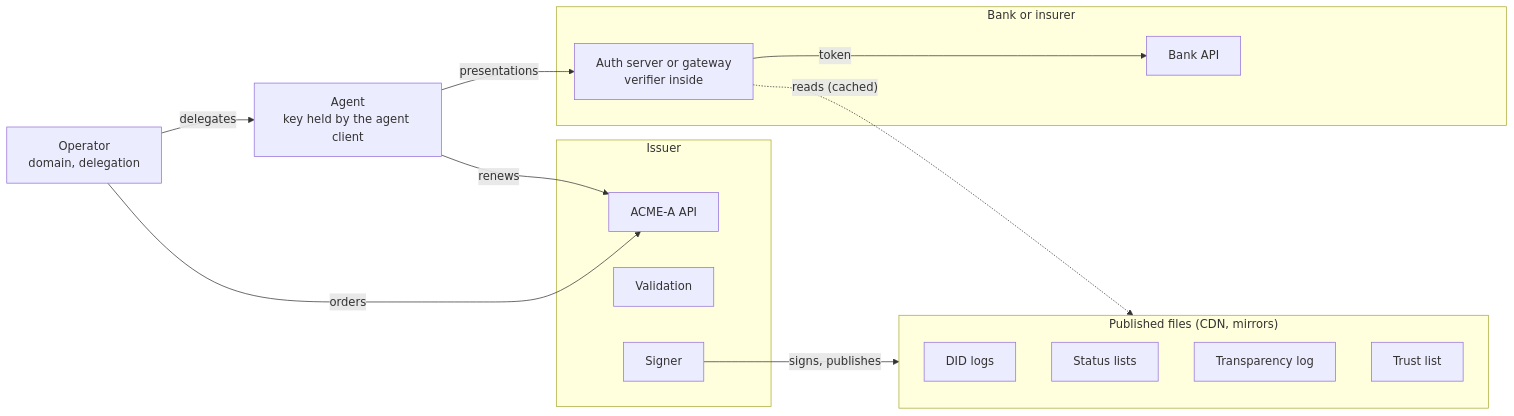
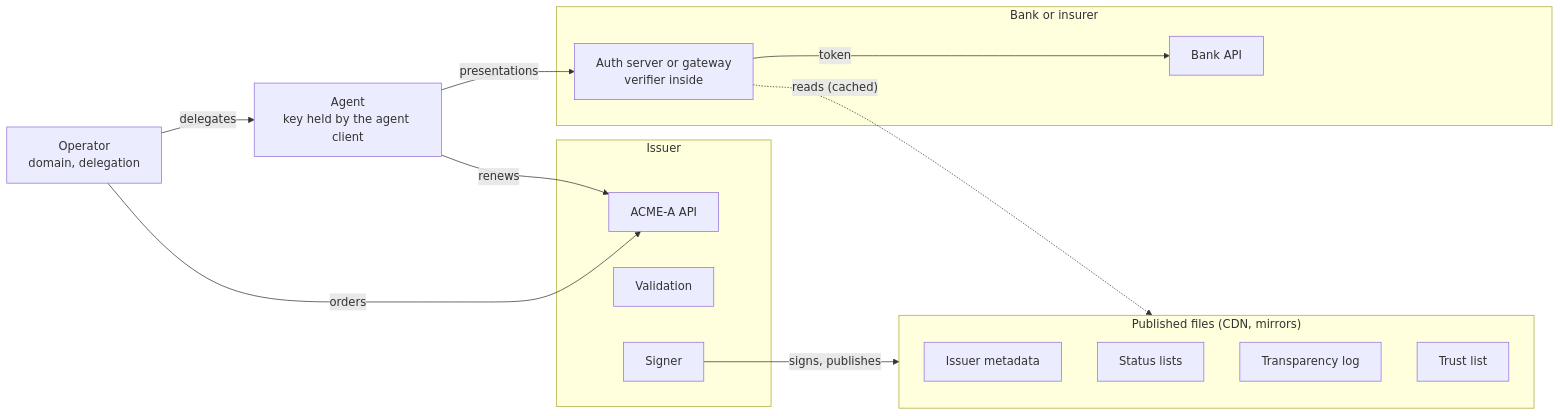
Before and after one commit to richard-craig/veridact: the diagram in docs/specification.md, drawn with Mermaid. The commit also changed other lines of this file and 11 other files, not shown here.

````diff
--- a/docs/specification.md
+++ b/docs/specification.md
@@ -23,21 +24,21 @@
 ```mermaid
 flowchart LR
     OP["Operator<br/>domain, delegation"]
     AG["Agent<br/>key held by the agent client"]
     subgraph ISS["Issuer"]
         API["ACME-A API"]; VAL["Validation"]; SIG["Signer"]
     end
     subgraph PUB["Published files (CDN, mirrors)"]
-        DID["DID logs"]; STAT["Status lists"]; LOG["Transparency log"]; TRUST["Trust list"]
+        META["Issuer metadata"]; STAT["Status lists"]; LOG["Transparency log"]; TRUST["Trust list"]
     end
     subgraph RP["Bank or insurer"]
         AS["Auth server or gateway<br/>verifier inside"]; BAPI["Bank API"]
     end
     OP -- "orders" --> API
     OP -- "delegates" --> AG
     AG -- "renews" --> API
     SIG -- "signs, publishes" --> PUB
     AG -- "presentations" --> AS
     AS -- "token" --> BAPI
     AS -. "reads (cached)" .-> PUB
 ```
````
